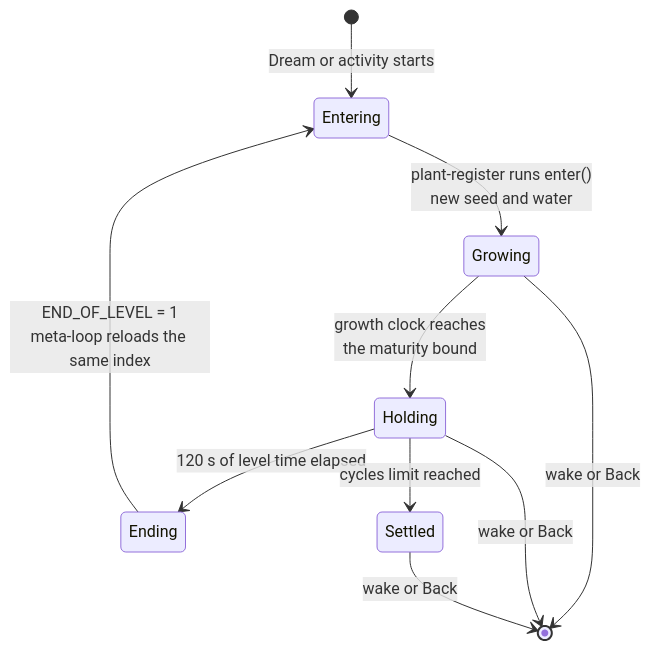
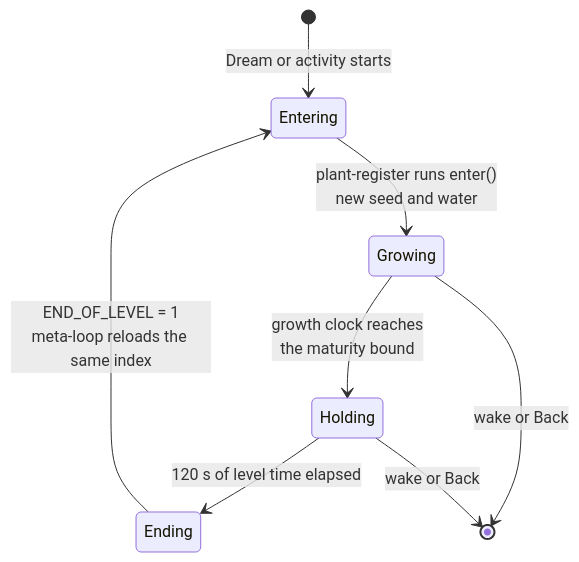
One commit to wbniv/WorldFoundry changed the first of 3 diagrams in docs/plans/2026-10-21-planted-tank-screensaver.md. Above: the diagram before and after it, drawn with Mermaid. The commit also changed other lines of this file and 1 other file, not shown here.

First line of the commit message:
Planted Tank plan: drop the cycles parameter

````diff
--- a/docs/plans/2026-10-21-planted-tank-screensaver.md
+++ b/docs/plans/2026-10-21-planted-tank-screensaver.md
@@ -35,12 +35,10 @@
 ```mermaid
 stateDiagram-v2
     [*] --> Entering: Dream or activity starts
     Entering --> Growing: plant-register runs enter()<br/>new seed and water
     Growing --> Holding: growth clock reaches<br/>the maturity bound
     Holding --> Ending: 120 s of level time elapsed
     Ending --> Entering: END_OF_LEVEL = 1<br/>meta-loop reloads the same index
-    Holding --> Settled: cycles limit reached
     Growing --> [*]: wake or Back
     Holding --> [*]: wake or Back
-    Settled --> [*]: wake or Back
 ```
````
